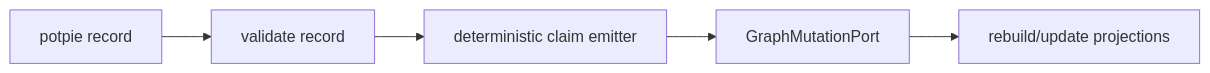
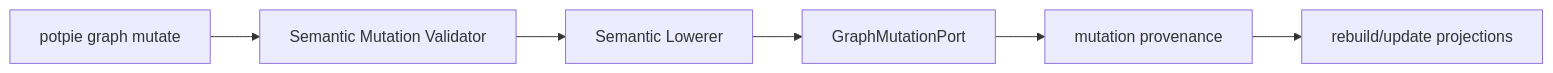
Before and after one commit to potpie-ai/potpie: the sixth of 12 diagrams in docs/context-graph/architecture.md, drawn with Mermaid. The commit also changed other lines of this file and 48 other files, not shown here.

Commit message:
docs: agent-surface bundle/plugin/skill templates + context-graph design docs

````diff
--- a/docs/context-graph/architecture.md
+++ b/docs/context-graph/architecture.md
@@ -328,10 +329,12 @@
 ```mermaid
 flowchart LR
-  cg_record_cmd["potpie record"]
-  cg_validate["validate record"]
-  cg_emit["deterministic claim emitter"]
+  cg_mutate_cmd["potpie graph mutate"]
+  cg_validate["Semantic Mutation Validator"]
+  cg_lower["Semantic Lowerer"]
   cg_write["GraphMutationPort"]
+  cg_audit["mutation provenance"]
   cg_project["rebuild/update projections"]
 
-  cg_record_cmd --> cg_validate --> cg_emit --> cg_write --> cg_project
+  cg_mutate_cmd --> cg_validate --> cg_lower --> cg_write
+  cg_write --> cg_audit --> cg_project
 ```
````
